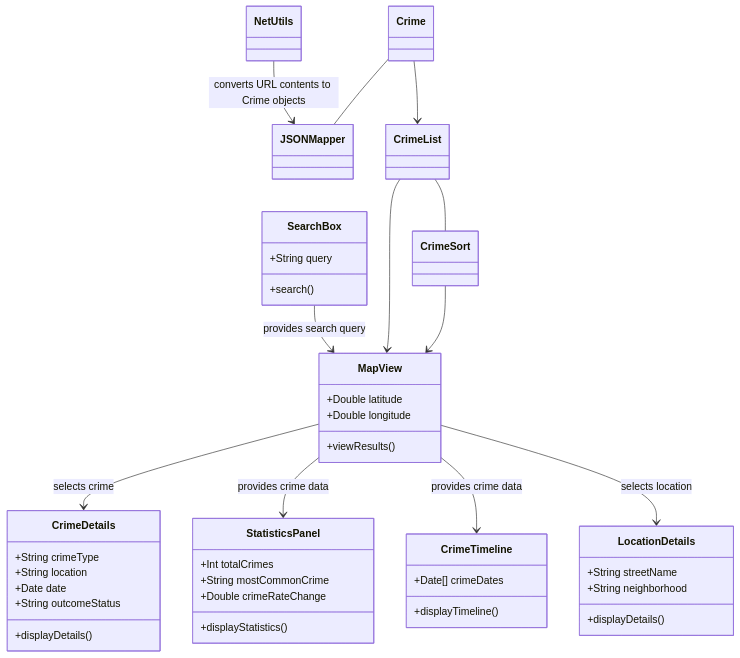
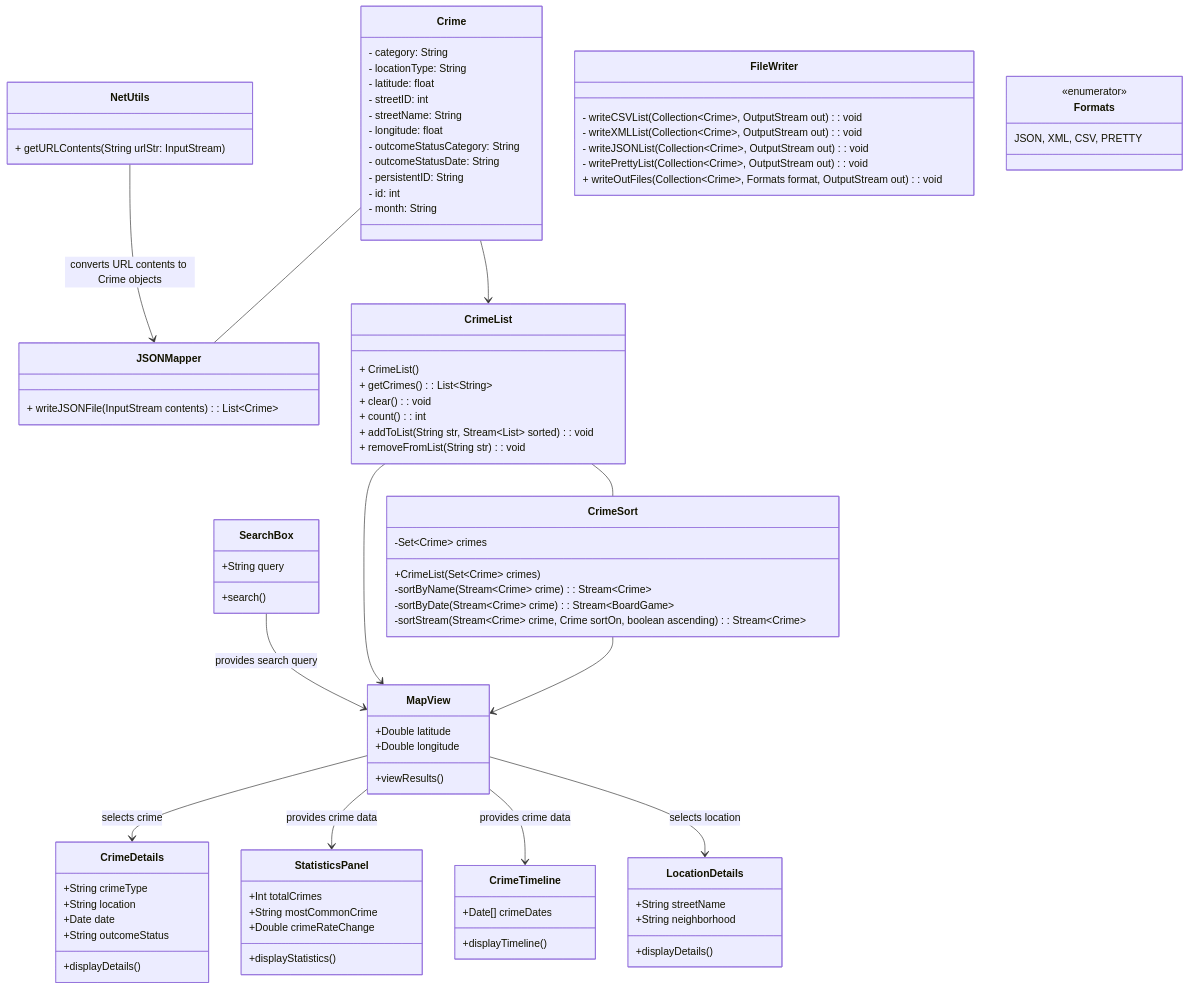
One commit to wbeeker/UK-Crime-Data changed the diagram in DesignDocuments/README.md. Above: the diagram before and after it, drawn with Mermaid.

Commit message:
update UML

```diff
--- a/DesignDocuments/README.md
+++ b/DesignDocuments/README.md
@@ -59,6 +59,51 @@
         +String neighborhood
         +displayDetails()
     }
+    class NetUtils {
+        + getURLContents(String urlStr: InputStream)
+    }
+    class Crime {
+        - category: String
+        - locationType: String
+        - latitude: float
+        - streetID: int
+        - streetName: String
+        - longitude: float
+        - outcomeStatusCategory: String
+        - outcomeStatusDate: String
+        - persistentID: String
+        - id: int
+        - month: String
+    }
+    class JSONMapper {
+        + writeJSONFile(InputStream contents): List~Crime~
+    }
+    class FileWriter {
+        - writeCSVList(Collection~Crime~, OutputStream out): void
+        - writeXMLList(Collection~Crime~, OutputStream out): void
+        - writeJSONList(Collection~Crime~, OutputStream out): void
+        - writePrettyList(Collection~Crime~, OutputStream out): void
+        + writeOutFiles(Collection~Crime~, Formats format, OutputStream out): void
+    }
+    class Formats {
+    <<enumerator>>
+    JSON, XML, CSV, PRETTY
+    }
+    class CrimeList {
+        + CrimeList()
+        + getCrimes() : List~String~
+        + clear() : void
+        + count() : int
+        + addToList(String str, Stream~List~ sorted) : void
+        + removeFromList(String str) : void
+    }
+    class CrimeSort {
+        -Set~Crime~ crimes
+        +CrimeList(Set~Crime~ crimes)
+        -sortByName(Stream~Crime~ crime) : Stream~Crime~
+        -sortByDate(Stream~Crime~ crime) : Stream~BoardGame~
+        -sortStream(Stream~Crime~ crime, Crime sortOn, boolean ascending) : Stream~Crime~
+    }
     SearchBox --> MapView : provides search query
     MapView --> CrimeDetails : selects crime
     MapView --> StatisticsPanel : provides crime data
```
